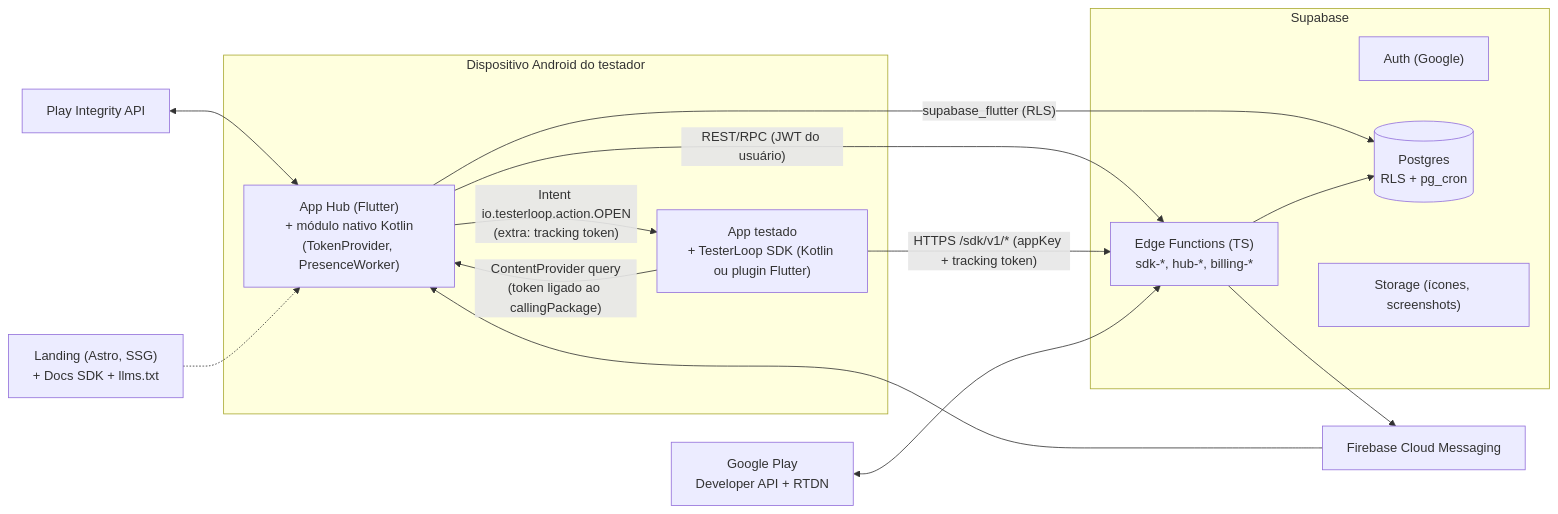
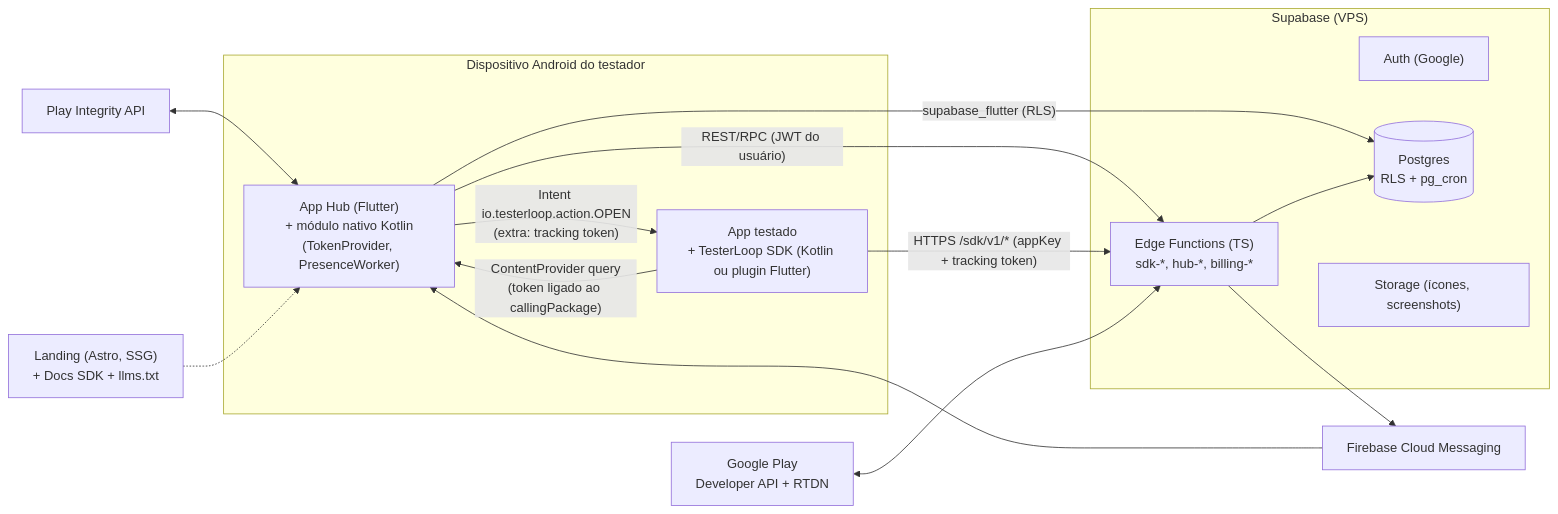
One commit to LuisRibeiroo/android-testers-idea changed the first of 4 diagrams in SPEC.md. Above: the diagram before and after it, drawn with Mermaid. The commit also changed other lines of this file and 2 other files, not shown here.

````diff
--- a/SPEC.md
+++ b/SPEC.md
@@ -10,26 +10,26 @@
 ```mermaid
 flowchart LR
   subgraph Device["Dispositivo Android do testador"]
     HUB["App Hub (Flutter)<br/>+ módulo nativo Kotlin<br/>(TokenProvider, PresenceWorker)"]
     TAPP["App testado<br/>+ TesterLoop SDK (Kotlin ou plugin Flutter)"]
     HUB -- "Intent io.testerloop.action.OPEN<br/>(extra: tracking token)" --> TAPP
     TAPP -- "ContentProvider query<br/>(token ligado ao callingPackage)" --> HUB
   end
 
-  subgraph Backend["Supabase"]
+  subgraph Backend["Supabase (VPS)"]
     AUTH["Auth (Google)"]
     DB[("Postgres<br/>RLS + pg_cron")]
     EF["Edge Functions (TS)<br/>sdk-*, hub-*, billing-*"]
     ST["Storage (ícones, screenshots)"]
   end
 
   HUB -- "REST/RPC (JWT do usuário)" --> EF
   HUB -- "supabase_flutter (RLS)" --> DB
   TAPP -- "HTTPS /sdk/v1/* (appKey + tracking token)" --> EF
   EF --> DB
   PLAY["Google Play<br/>Developer API + RTDN"] <--> EF
   FCM["Firebase Cloud Messaging"] --> HUB
   EF --> FCM
   INTEG["Play Integrity API"] <--> HUB
   LAND["Landing (Astro, SSG)<br/>+ Docs SDK + llms.txt"] -.-> HUB
 ```
````
